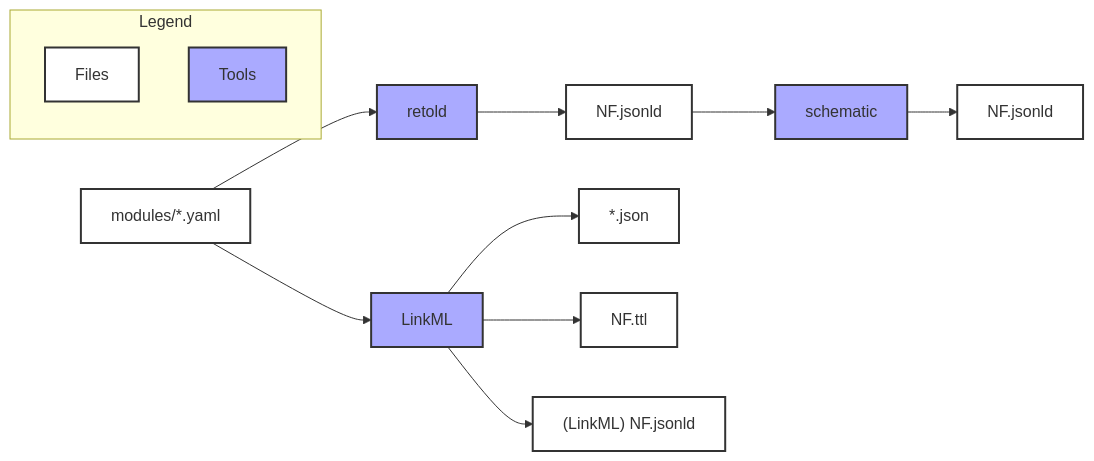
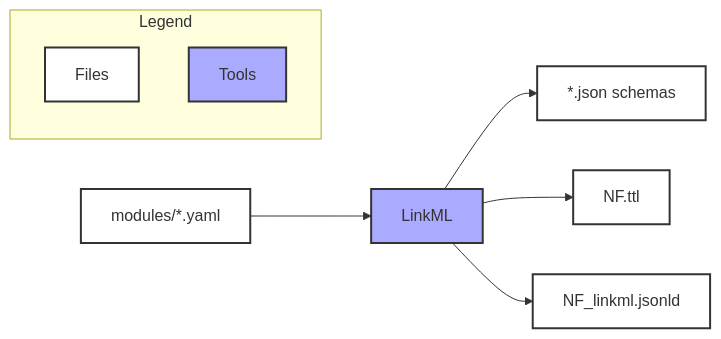
One commit to nf-osi/nf-metadata-dictionary changed the diagram in README.md. Above: the diagram before and after it, drawn with Mermaid. The commit also changed other lines of this file and 59 other files, not shown here.

First line of the commit message:
Migrate from schematic (#893)

````diff
--- a/README.md
+++ b/README.md
@@ -28,31 +28,23 @@
 ```mermaid
 graph LR
-    A[modules/*.yaml] --> B[retold]
-    B --> C[NF.jsonld]
-    C --> D[schematic]
-    D --> E[NF.jsonld]
-    A --> L[LinkML]
-    L --> J[*.json]
+    A[modules/*.yaml] --> L[LinkML]
+    L --> J[*.json schemas]
     L --> T[NF.ttl]
-    L --> LJ["(LinkML) NF.jsonld"]
+    L --> LJ["NF_linkml.jsonld"]
 
-class B,D tools
+class L tools
     
     %% Legend
     subgraph Legend
         G[Files]
         H[Tools]
     end
 
 style A fill:white,stroke:#333,stroke-width:2px;
-style C fill:white,stroke:#333,stroke-width:2px;
-style E fill:white,stroke:#333,stroke-width:2px;
 style G fill:white,stroke:#333,stroke-width:2px;
 style J fill:white,stroke:#333,stroke-width:2px;
 style T fill:white,stroke:#333,stroke-width:2px;
 style LJ fill:white,stroke:#333,stroke-width:2px;
-style B fill:#aaf,stroke:#333,stroke-width:2px
-style D fill:#aaf,stroke:#333,stroke-width:2px
 style H fill:#aaf,stroke:#333,stroke-width:2px
 style L fill:#aaf,stroke:#333,stroke-width:2px
 ```
````
